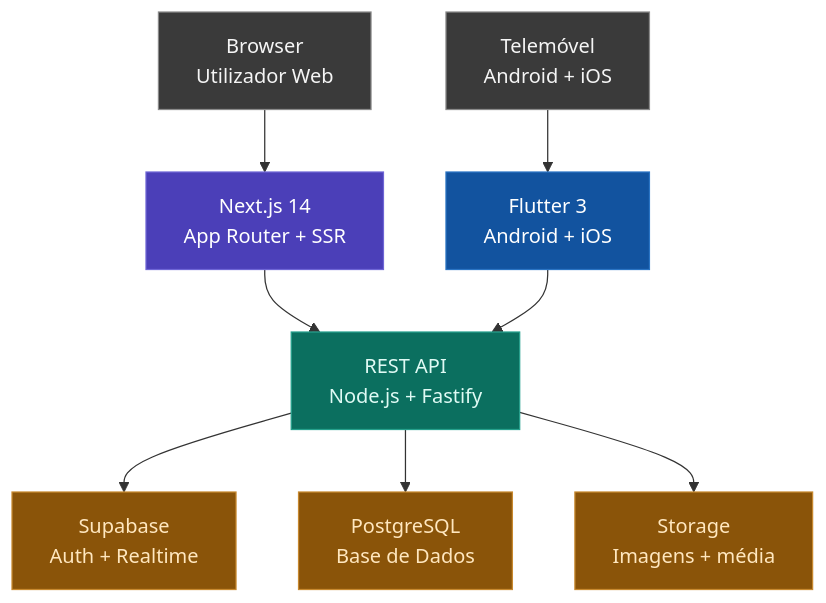
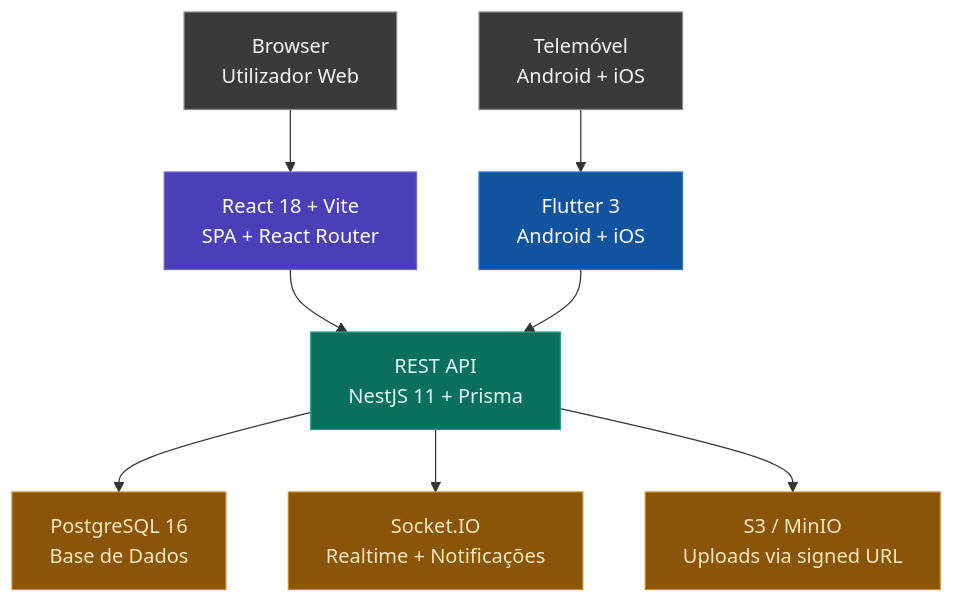
The diagram in README.md (SW-Wanted/economia-historia-angola), drawn with Mermaid before and after one commit. The commit also changed other lines of this file and 1 other file, not shown here.

````diff
--- a/README.md
+++ b/README.md
@@ -32,24 +32,24 @@
 ```mermaid
 flowchart TB
-    BROWSER["Browser<br/>Utilizador Web"] --> WEB["Next.js 14<br/>App Router + SSR"]
+    BROWSER["Browser<br/>Utilizador Web"] --> WEB["React 18 + Vite<br/>SPA + React Router"]
     PHONE["Telemóvel<br/>Android + iOS"] --> MOBILE["Flutter 3<br/>Android + iOS"]
 
-    WEB --> API["REST API<br/>Node.js + Fastify"]
+    WEB --> API["REST API<br/>NestJS 11 + Prisma"]
     MOBILE --> API
 
-    API --> SUPABASE["Supabase<br/>Auth + Realtime"]
-    API --> POSTGRES["PostgreSQL<br/>Base de Dados"]
-    API --> STORAGE["Storage<br/>Imagens + média"]
+    API --> POSTGRES["PostgreSQL 16<br/>Base de Dados"]
+    API --> REALTIME["Socket.IO<br/>Realtime + Notificações"]
+    API --> STORAGE["S3 / MinIO<br/>Uploads via signed URL"]
 
     classDef top fill:#3a3a3a,stroke:#8a8a8a,color:#f5f5f5;
     classDef web fill:#4b3fb8,stroke:#6f66d6,color:#ffffff;
     classDef mobile fill:#12539f,stroke:#2a74c4,color:#ffffff;
     classDef api fill:#0b6f5f,stroke:#25a08c,color:#dffaf4;
     classDef data fill:#8a5409,stroke:#c8892f,color:#ffe7bf;
 
     class BROWSER,PHONE top;
     class WEB web;
     class MOBILE mobile;
     class API api;
-    class SUPABASE,POSTGRES,STORAGE data;
+    class POSTGRES,REALTIME,STORAGE data;
 ```
````
